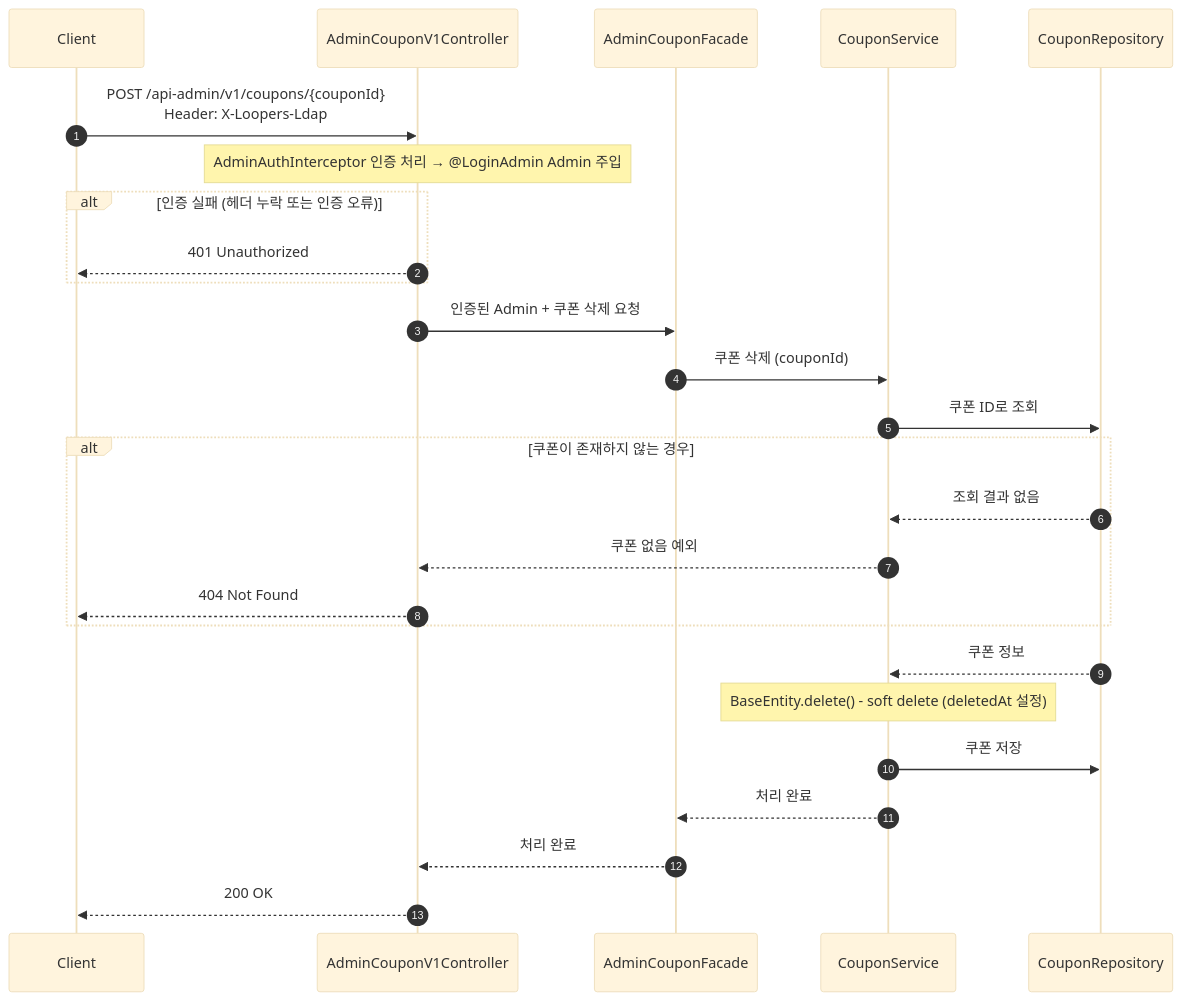
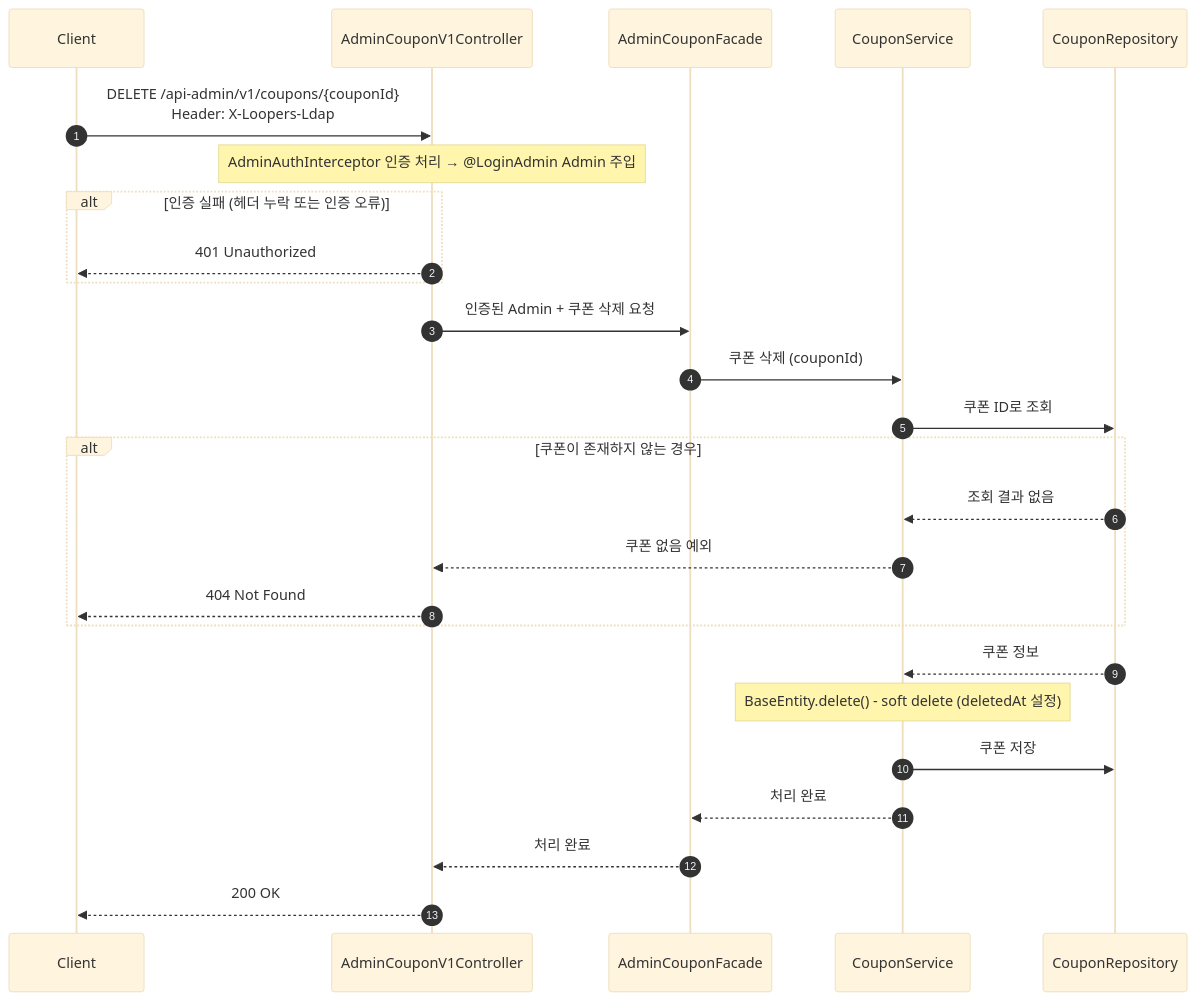
Before and after one commit to jsj1215/loop-pack-be-l2-vol3-java: diagram 28 of 29 in docs/design/02-sequence-diagrams.md, drawn with Mermaid (base theme). The commit also changed other lines of this file and 3 other files, not shown here.

````diff
--- a/docs/design/02-sequence-diagrams.md
+++ b/docs/design/02-sequence-diagrams.md
@@ -1424,34 +1375,34 @@
 ```mermaid
 sequenceDiagram
     autonumber
     participant Client
     participant Controller as AdminCouponV1Controller
     participant Facade as AdminCouponFacade
     participant Service as CouponService
     participant Repository as CouponRepository
 
-    Client->>Controller: POST /api-admin/v1/coupons/{couponId}<br/>Header: X-Loopers-Ldap
+    Client->>Controller: DELETE /api-admin/v1/coupons/{couponId}<br/>Header: X-Loopers-Ldap
 
     Note over Controller: AdminAuthInterceptor 인증 처리 → @LoginAdmin Admin 주입
     alt 인증 실패 (헤더 누락 또는 인증 오류)
         Controller-->>Client: 401 Unauthorized
     end
 
     Controller->>Facade: 인증된 Admin + 쿠폰 삭제 요청
     Facade->>Service: 쿠폰 삭제 (couponId)
     Service->>Repository: 쿠폰 ID로 조회
 
     alt 쿠폰이 존재하지 않는 경우
         Repository-->>Service: 조회 결과 없음
         Service-->>Controller: 쿠폰 없음 예외
         Controller-->>Client: 404 Not Found
     end
 
     Repository-->>Service: 쿠폰 정보
     Note over Service: BaseEntity.delete() - soft delete (deletedAt 설정)
     Service->>Repository: 쿠폰 저장
 
     Service-->>Facade: 처리 완료
     Facade-->>Controller: 처리 완료
     Controller-->>Client: 200 OK
 ```
````
